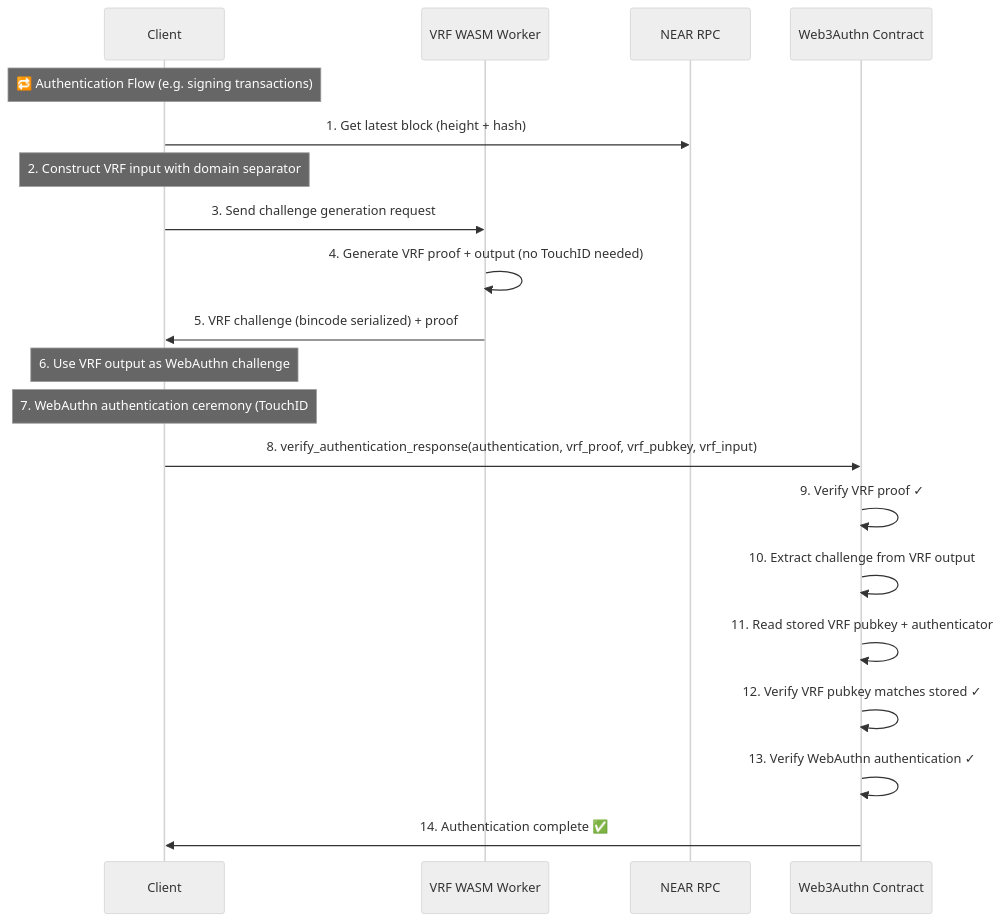
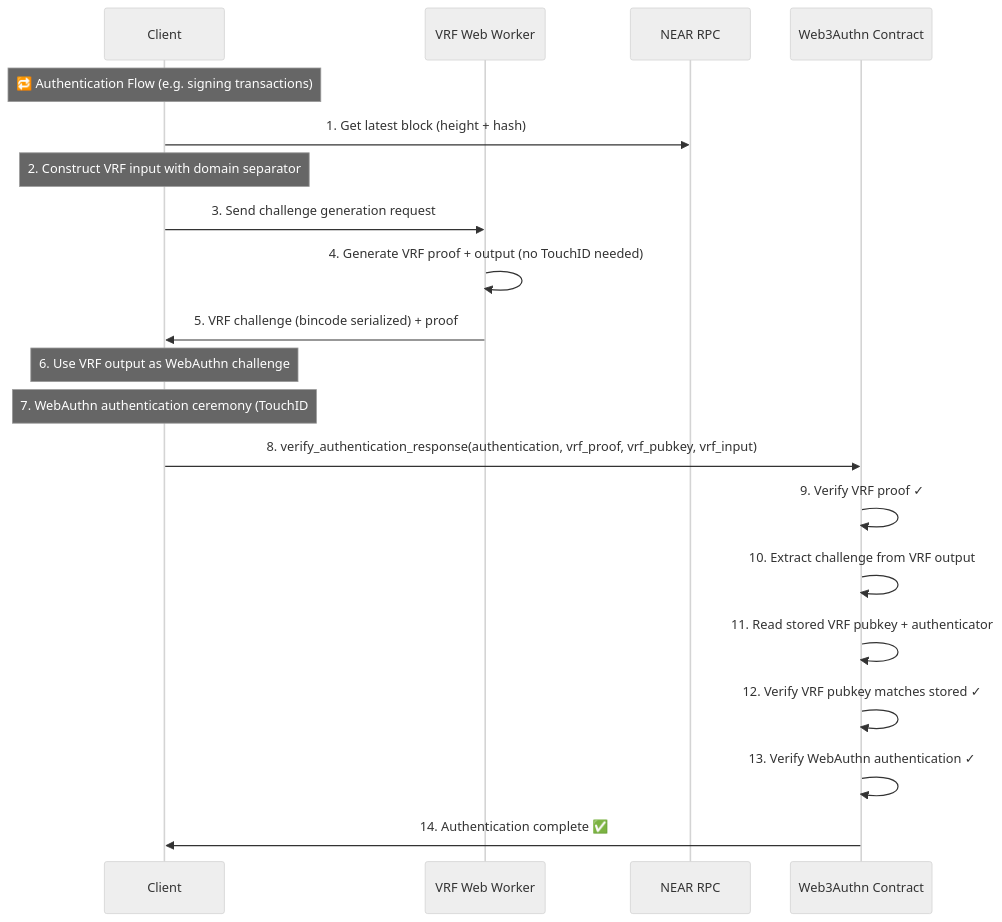
The third of 3 diagrams in docs/vrf_challenges.md (peitalin/vrf-passkey), drawn with Mermaid (neutral theme) before and after one commit. The commit also changed other lines of this file and 1 other file, not shown here.

Commit message:
update docs for VRF based WebAuthn protocol

````diff
--- a/docs/vrf_challenges.md
+++ b/docs/vrf_challenges.md
@@ -156,23 +155,23 @@
 ```mermaid
 sequenceDiagram
     participant Client
-    participant ServiceWorker as VRF WASM Worker
+    participant WebWorker as VRF Web Worker
     participant NEAR as NEAR RPC
     participant Contract as Web3Authn Contract
 
     Note over Client: 🔁 Authentication Flow (e.g. signing transactions)
     Client->>NEAR: 1. Get latest block (height + hash)
     Note over Client: 2. Construct VRF input with domain separator
-    Client->>ServiceWorker: 3. Send challenge generation request
-    ServiceWorker->>ServiceWorker: 4. Generate VRF proof + output (no TouchID needed)
-    ServiceWorker->>Client: 5. VRF challenge (bincode serialized) + proof
+    Client->>WebWorker: 3. Send challenge generation request
+    WebWorker->>WebWorker: 4. Generate VRF proof + output (no TouchID needed)
+    WebWorker->>Client: 5. VRF challenge (bincode serialized) + proof
     Note over Client: 6. Use VRF output as WebAuthn challenge
     Note over Client: 7. WebAuthn authentication ceremony (TouchID #1)
     Client->>Contract: 8. verify_authentication_response(authentication, vrf_proof, vrf_pubkey, vrf_input)
     Contract->>Contract: 9. Verify VRF proof ✓
     Contract->>Contract: 10. Extract challenge from VRF output
     Contract->>Contract: 11. Read stored VRF pubkey + authenticator
     Contract->>Contract: 12. Verify VRF pubkey matches stored ✓
     Contract->>Contract: 13. Verify WebAuthn authentication ✓
     Contract->>Client: 14. Authentication complete ✅
 ```
````
